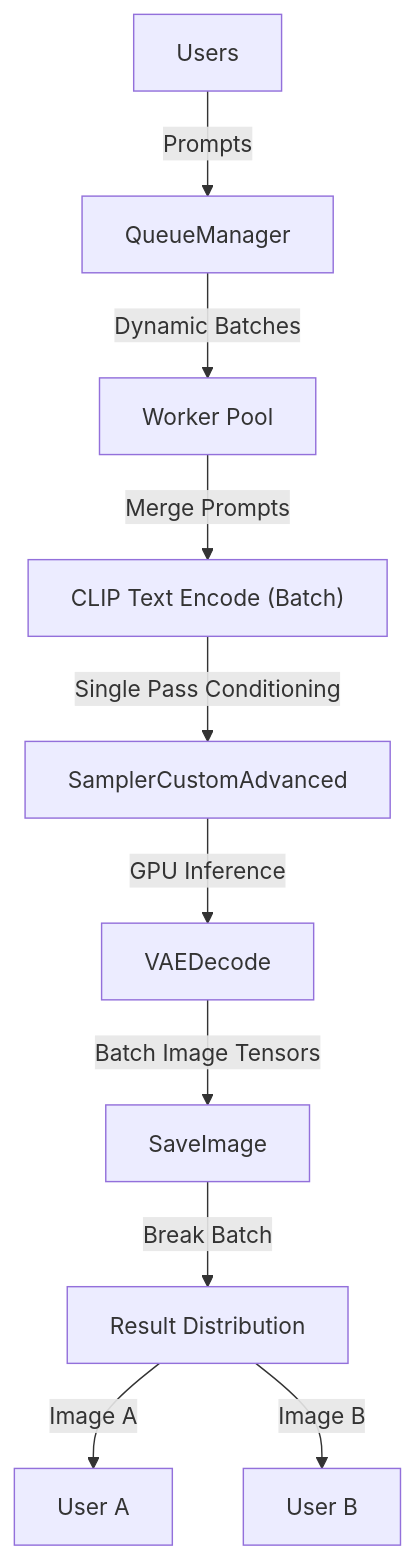
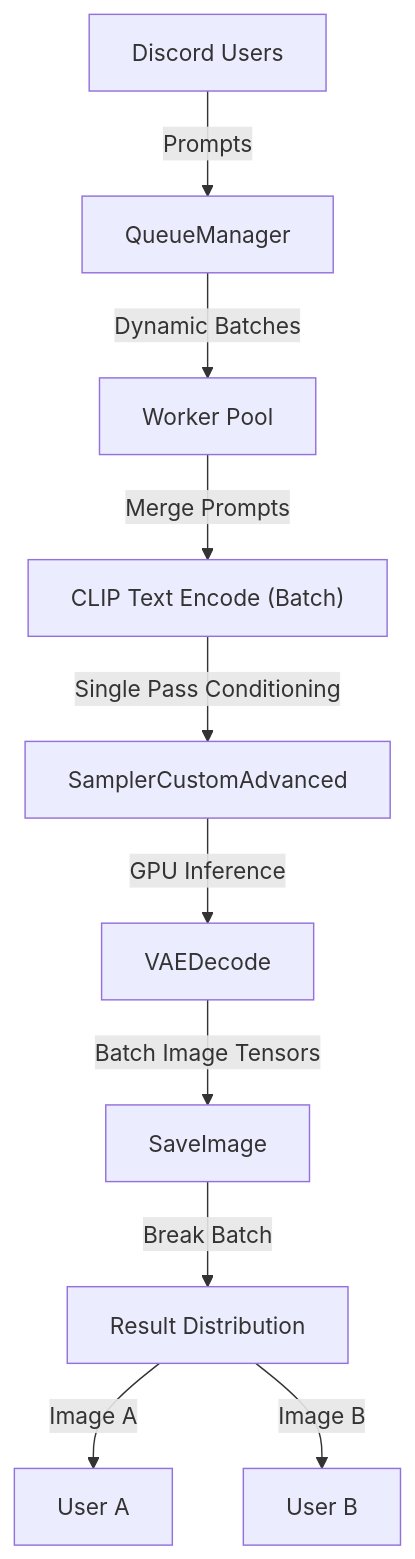
Before and after one commit to fulletLab/FuLLet-AI-Bot: the second of 2 diagrams in README.md, drawn with Mermaid. The commit also changed other lines of this file and 1 other file, not shown here.

````diff
--- a/README.md
+++ b/README.md
@@ -29,12 +49,12 @@
 ```mermaid
 graph TD
-    U[Users] -->|Prompts| QM[QueueManager]
+    U[Discord Users] -->|Prompts| QM[QueueManager]
     QM -->|Dynamic Batches| W[Worker Pool]
     W -->|Merge Prompts| CTE["CLIP Text Encode (Batch)"]
     CTE -->|Single Pass Conditioning| KSA[SamplerCustomAdvanced]
     KSA -->|GPU Inference| VAE[VAEDecode]
     VAE -->|Batch Image Tensors| SI[SaveImage]
     SI -->|Break Batch| RD[Result Distribution]
     RD -->|Image A| UA[User A]
     RD -->|Image B| UB[User B]
 ```
````
